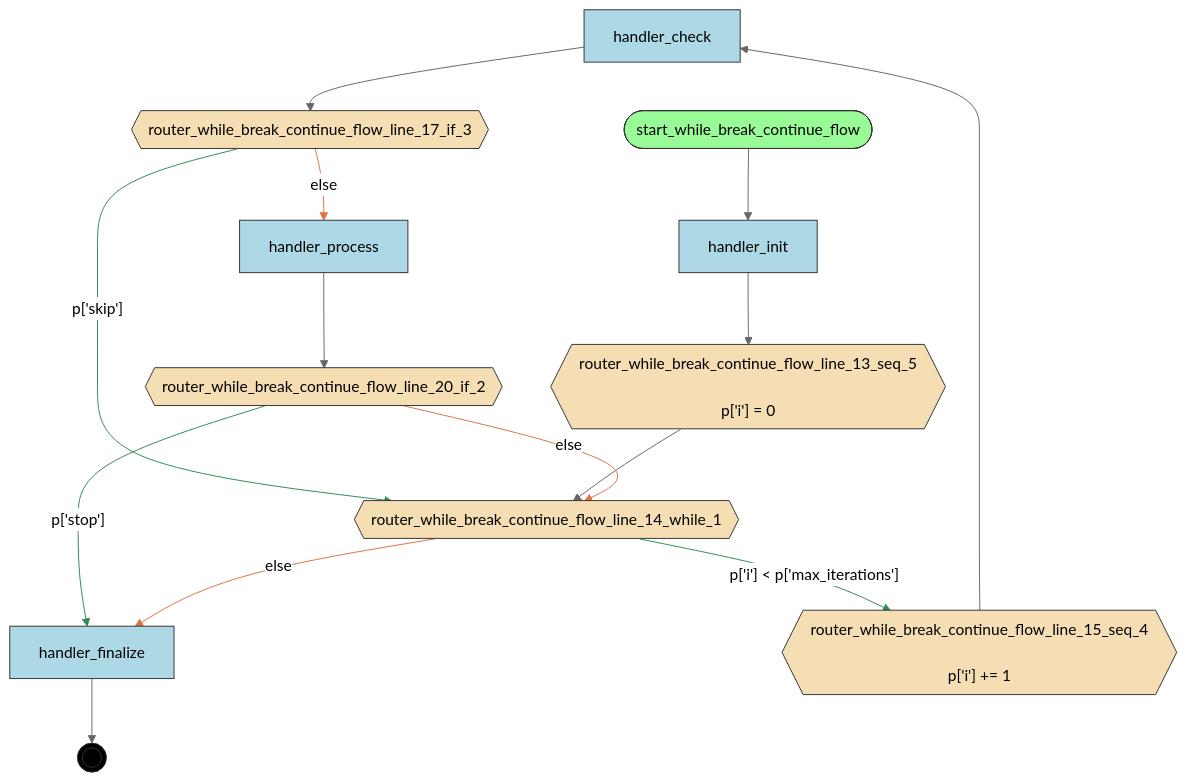
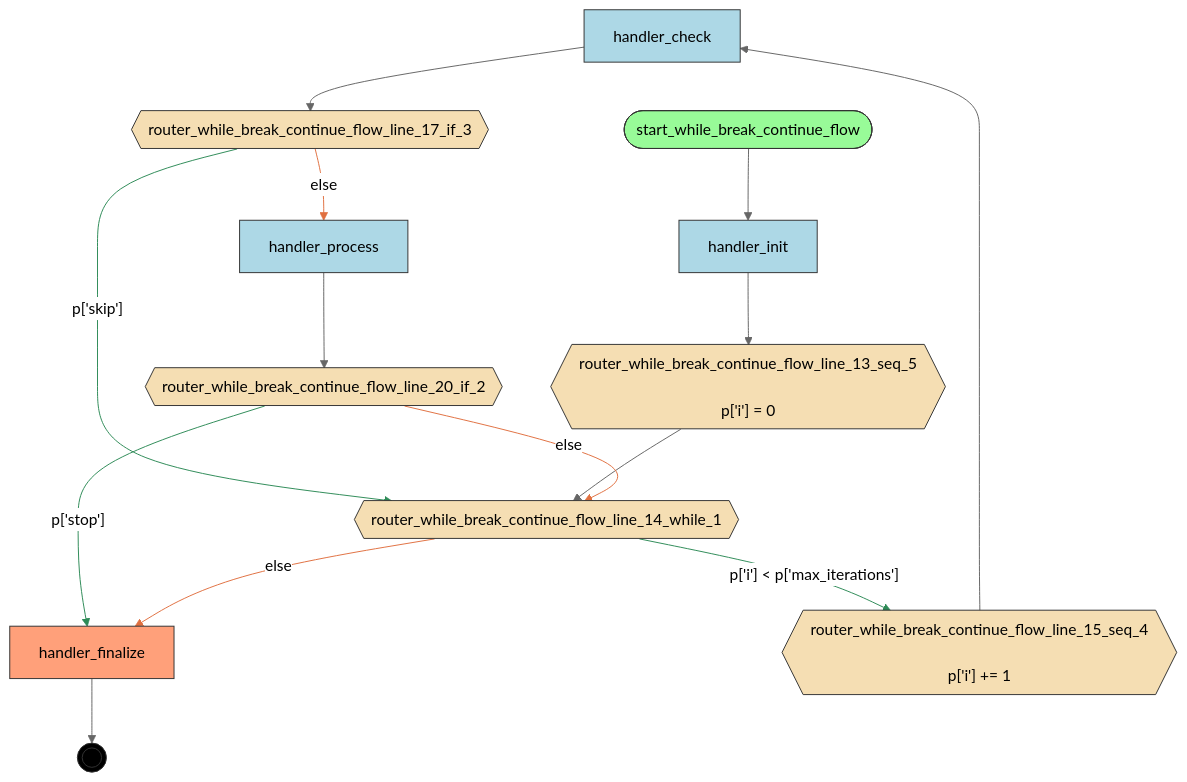
Before and after one commit to deliveryhero/asya: the diagram in examples/flows/compiled/while_break_continue/flow.mmd, drawn with Mermaid (neutral theme). The commit also changed 364 other files, not shown here.

First line of the commit message:
feat(compiler): Phase 2 — 5-step pipeline with manifest generation and FlowInfo (#339)

```diff
--- a/examples/flows/compiled/while_break_continue/flow.mmd
+++ b/examples/flows/compiled/while_break_continue/flow.mmd
@@ -1,39 +1,41 @@
 flowchart TD
     %% Flow: while_break_continue_flow
 
     handler_check[handler_check]
     handler_finalize[handler_finalize]
     handler_init[handler_init]
     handler_process[handler_process]
     router_while_break_continue_flow_line_13_seq_5{{"router_while_break_continue_flow_line_13_seq_5<br/><br/>p['i'] = 0"}}
     router_while_break_continue_flow_line_14_while_1{{router_while_break_continue_flow_line_14_while_1}}
     router_while_break_continue_flow_line_15_seq_4{{"router_while_break_continue_flow_line_15_seq_4<br/><br/>p['i'] += 1"}}
     router_while_break_continue_flow_line_17_if_3{{router_while_break_continue_flow_line_17_if_3}}
     router_while_break_continue_flow_line_20_if_2{{router_while_break_continue_flow_line_20_if_2}}
     start_while_break_continue_flow([start_while_break_continue_flow])
     __end__((( )))
 
     start_while_break_continue_flow --> handler_init
     handler_init --> router_while_break_continue_flow_line_13_seq_5
     router_while_break_continue_flow_line_20_if_2 -->|"p['stop']"| handler_finalize
     router_while_break_continue_flow_line_17_if_3 -->|"p['skip']"| router_while_break_continue_flow_line_14_while_1
     router_while_break_continue_flow_line_17_if_3 -->|"else"| handler_process
     handler_process --> router_while_break_continue_flow_line_20_if_2
     router_while_break_continue_flow_line_15_seq_4 --> handler_check
     handler_check --> router_while_break_continue_flow_line_17_if_3
     router_while_break_continue_flow_line_14_while_1 -->|"p['i'] < p['max_iterations']"| router_while_break_continue_flow_line_15_seq_4
     router_while_break_continue_flow_line_14_while_1 -->|"else"| handler_finalize
     router_while_break_continue_flow_line_13_seq_5 --> router_while_break_continue_flow_line_14_while_1
     router_while_break_continue_flow_line_20_if_2 -->|"else"| router_while_break_continue_flow_line_14_while_1
     handler_finalize --> __end__
 
-    classDef entrypoint fill:#98FB98,stroke:#333
+    classDef start fill:#98FB98,stroke:#333
+    classDef endnode fill:#FFA07A,stroke:#333
     classDef router fill:#F5DEB3,stroke:#333
     classDef handler fill:#ADD8E6,stroke:#333
     classDef endpoint fill:#000,stroke:#333,color:#fff
-    class start_while_break_continue_flow entrypoint
+    class start_while_break_continue_flow start
+    class handler_finalize endnode
     class router_while_break_continue_flow_line_13_seq_5,router_while_break_continue_flow_line_14_while_1,router_while_break_continue_flow_line_15_seq_4,router_while_break_continue_flow_line_17_if_3,router_while_break_continue_flow_line_20_if_2 router
-    class handler_check,handler_finalize,handler_init,handler_process handler
+    class handler_check,handler_init,handler_process handler
     class __end__ endpoint
     linkStyle 2,3,8 stroke:#2E8B57
     linkStyle 4,9,11 stroke:#E07040
```
